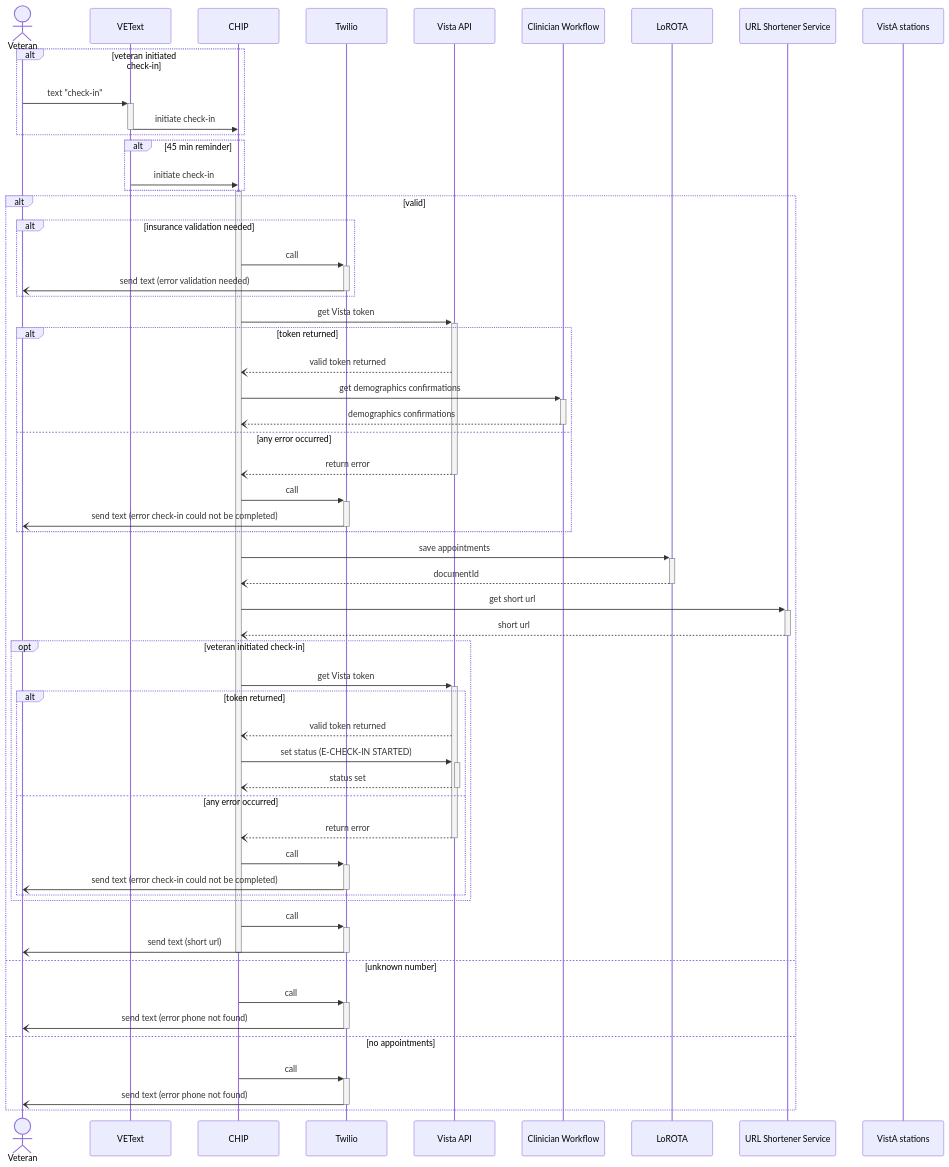
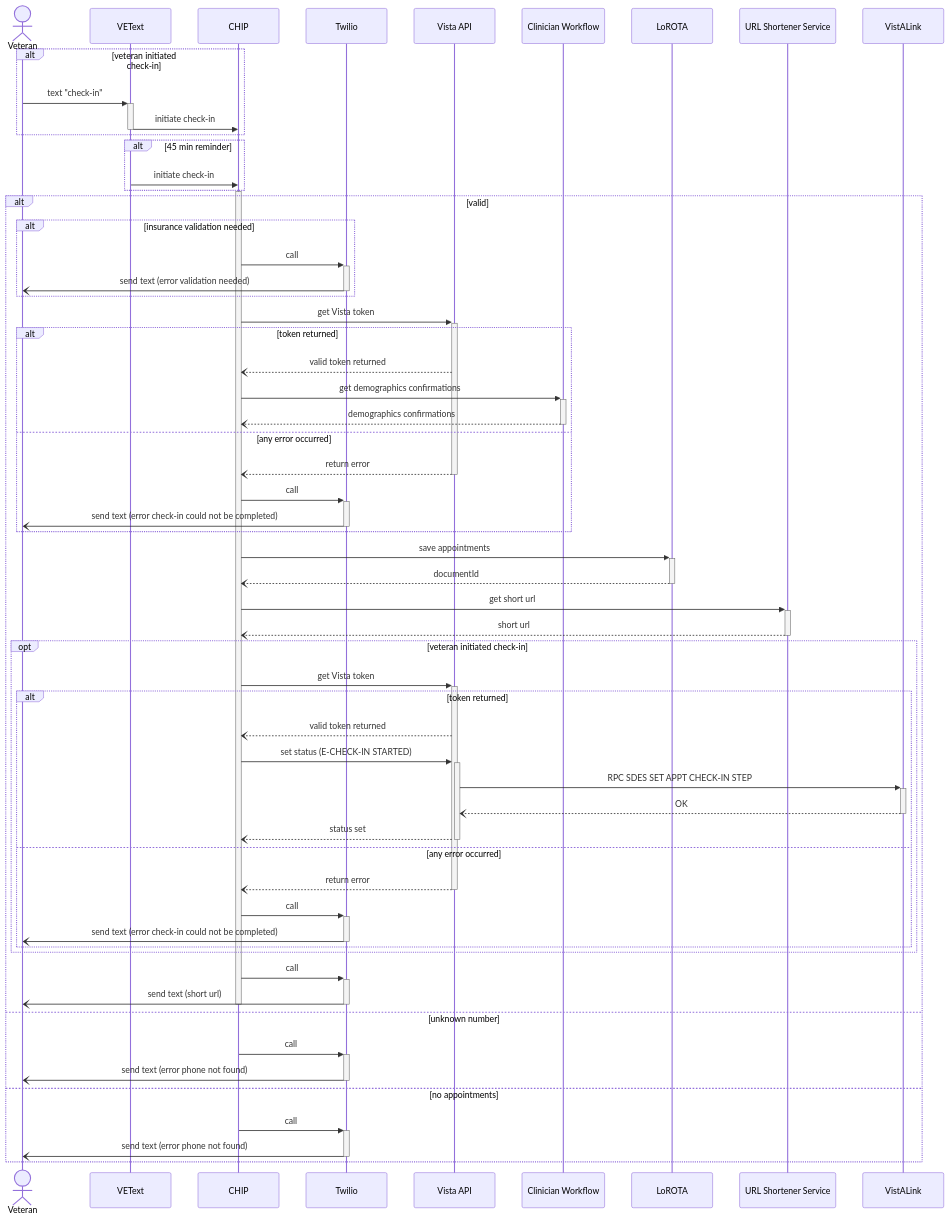
One commit to department-of-veterans-affairs/va.gov-team changed the first of 4 diagrams in products/health-care/checkin/engineering/architecture-diagrams/sequenceDiagram_checkInExp.md. Above: the diagram before and after it, drawn with Mermaid.

````diff
--- a/products/health-care/checkin/engineering/architecture-diagrams/sequenceDiagram_checkInExp.md
+++ b/products/health-care/checkin/engineering/architecture-diagrams/sequenceDiagram_checkInExp.md
@@ -10,62 +10,64 @@
 ```mermaid
 sequenceDiagram
     actor vet as Veteran
     participant vt as VEText
     participant c as CHIP
     participant t as Twilio
     participant va as Vista API
     participant cw as Clinician Workflow
     participant l as LoROTA
     participant url as URL Shortener Service
-    participant vas as VistA stations
+    participant val as VistALink
 
     alt veteran initiated check-in
     vet->>+vt: text "check-in"
     vt->>-c: initiate check-in
     end
     alt 45 min reminder
     vt->>c: initiate check-in
     end
     activate c
     alt valid
       alt insurance validation needed
         c->>+t: call
         t-)-vet: send text (error validation needed)
       end
       c->>+va: get Vista token
       alt token returned
         va--)c: valid token returned
         c->>+cw: get demographics confirmations
         cw--)-c: demographics confirmations
       else any error occurred
         va--)-c: return error
         c->>+t: call
         t-)-vet: send text (error check-in could not be completed)
       end
       c->>+l: save appointments
       l--)-c: documentId
       c->>+url: get short url
       url--)-c: short url
       opt veteran initiated check-in
         c->>+va: get Vista token
         alt token returned
           va--)c: valid token returned
           c->>+va: set status (E-CHECK-IN STARTED)
+          va->>+val: RPC SDES SET APPT CHECK-IN STEP
+          val--)-va: OK
           va--)-c: status set
         else any error occurred
           va--)-c: return error
           c->>+t: call
           t-)-vet: send text (error check-in could not be completed)
         end
       end
       c->>+t: call
       t-)-vet: send text (short url)
       deactivate c
     else unknown number
       c->>+t: call
       t-)-vet: send text (error phone not found)
     else no appointments
       c->>+t: call
       t-)-vet: send text (error phone not found)
     end
 ```
````
